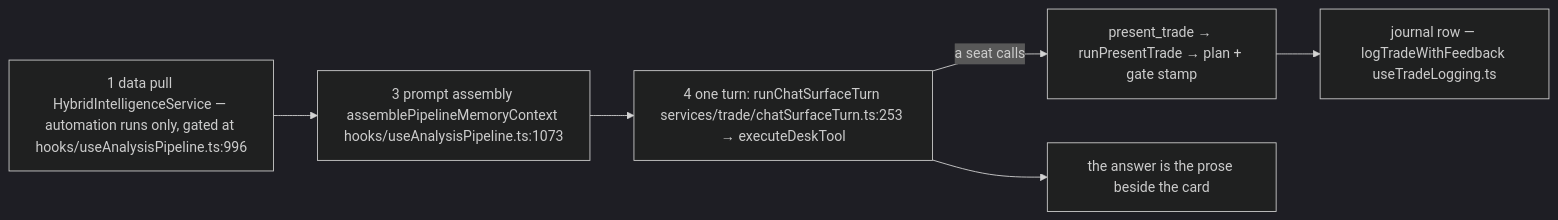
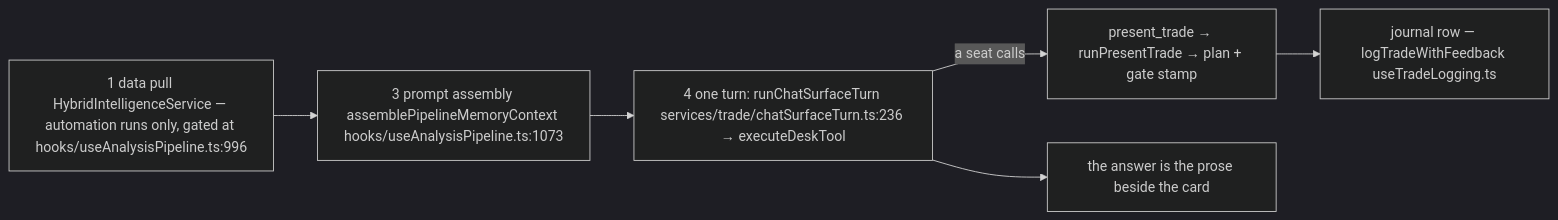
Before and after one commit to Acepay25/august-3.5: the third of 8 diagrams in docs/app-flow.md, drawn with Mermaid (dark theme). The commit also changed other lines of this file and 22 other files, not shown here.

````diff
--- a/docs/app-flow.md
+++ b/docs/app-flow.md
@@ -254,8 +254,8 @@
 ```mermaid
 flowchart LR
     S1["1 data pull HybridIntelligenceService — automation runs only, gated at hooks/useAnalysisPipeline.ts:996"] --> S3["3 prompt assembly assemblePipelineMemoryContext hooks/useAnalysisPipeline.ts:1073"]
-    S3 --> S4["4 one turn: runChatSurfaceTurn services/trade/chatSurfaceTurn.ts:253 → executeDeskTool"]
+    S3 --> S4["4 one turn: runChatSurfaceTurn services/trade/chatSurfaceTurn.ts:236 → executeDeskTool"]
     S4 -->|a seat calls| PT["present_trade → runPresentTrade → plan + gate stamp"]
     PT --> JR["journal row — logTradeWithFeedback useTradeLogging.ts"]
     S4 --> ANS["the answer is the prose beside the card"]
 ```
````
